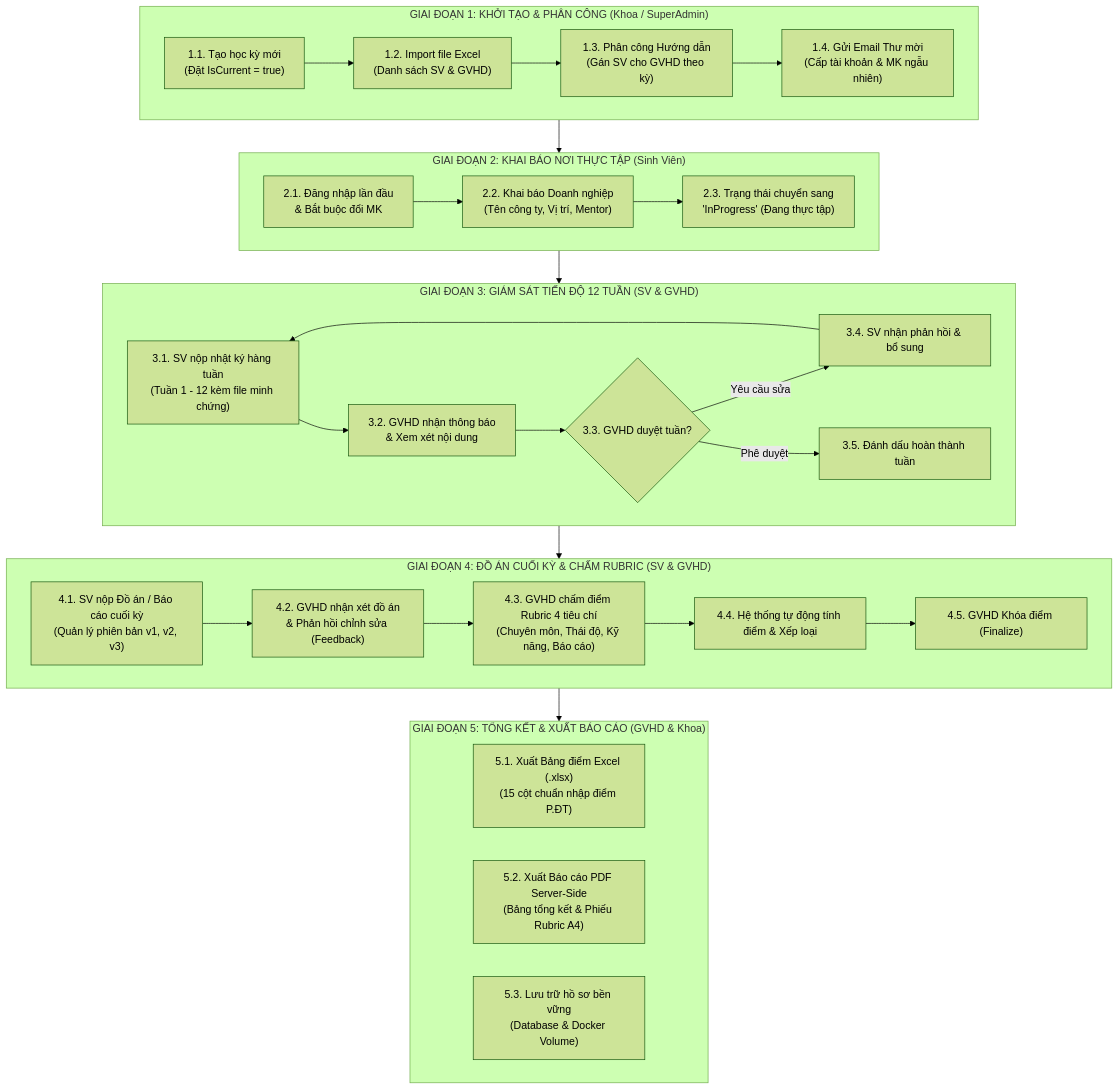
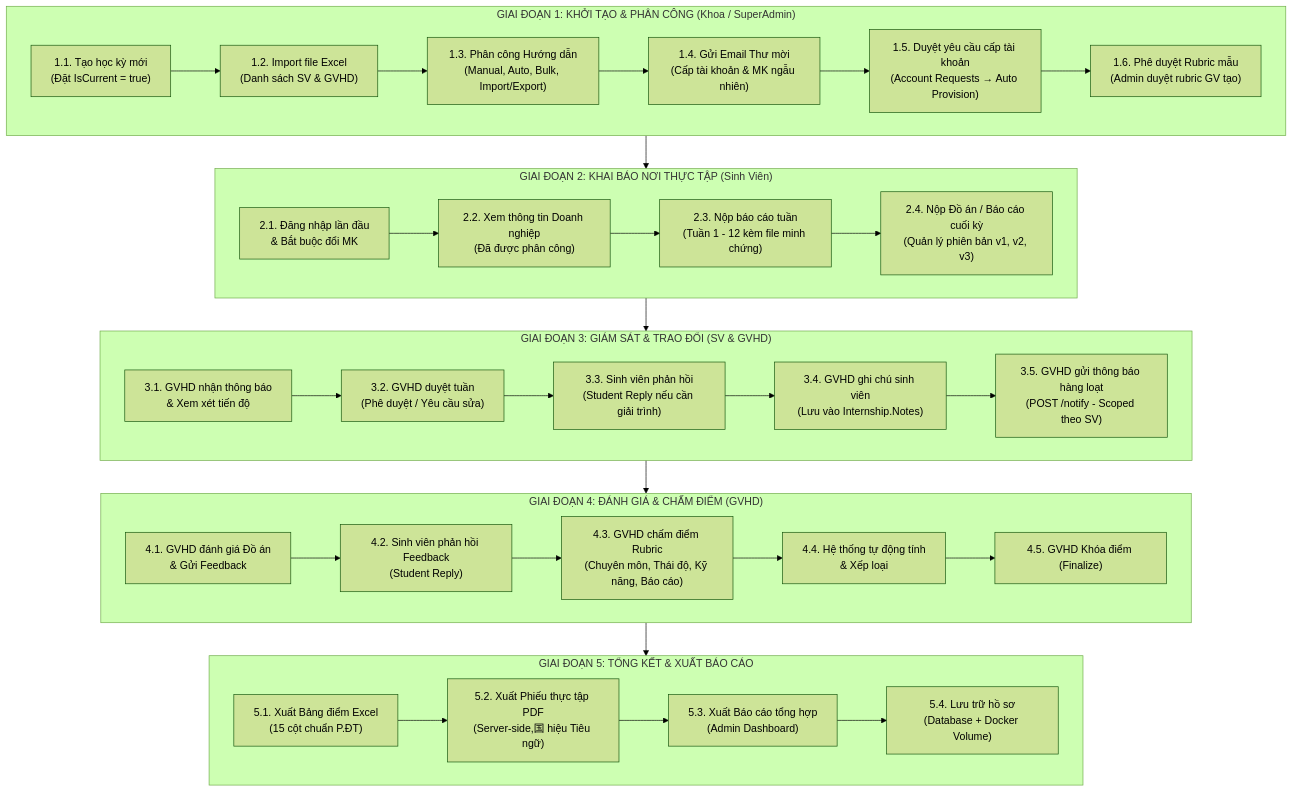
One commit to thachhien-github/InternLink changed the diagram in docs/images/workflow/overall-business-flow.md. Above: the diagram before and after it, drawn with Mermaid (forest theme). The commit also changed other lines of this file and 20 other files, not shown here.

````diff
--- a/docs/images/workflow/overall-business-flow.md
+++ b/docs/images/workflow/overall-business-flow.md
@@ -9,39 +9,70 @@
 ```mermaid
 flowchart TD
     subgraph Phase1["GIAI ĐOẠN 1: KHỞI TẠO & PHÂN CÔNG (Khoa / SuperAdmin)"]
-        A1["1.1. Tạo học kỳ mới<br/>(Đặt IsCurrent = true)"] --> A2["1.2. Import file Excel<br/>(Danh sách SV & GVHD)"]
-        A2 --> A3["1.3. Phân công Hướng dẫn<br/>(Gán SV cho GVHD theo kỳ)"]
-        A3 --> A4["1.4. Gửi Email Thư mời<br/>(Cấp tài khoản & MK ngẫu nhiên)"]
+        A1["1.1. Tạo học kỳ mới<br/>(Đặt IsCurrent = true)"]
+        A2["1.2. Import file Excel<br/>(Danh sách SV & GVHD)"]
+        A3["1.3. Phân công Hướng dẫn<br/>(Manual, Auto, Bulk, Import/Export)"]
+        A4["1.4. Gửi Email Thư mời<br/>(Cấp tài khoản & MK ngẫu nhiên)"]
+        A5["1.5. Duyệt yêu cầu cấp tài khoản<br/>(Account Requests → Auto Provision)"]
+        A6["1.6. Phê duyệt Rubric mẫu<br/>(Admin duyệt rubric GV tạo)"]
+
+        A1 --> A2
+        A2 --> A3
+        A3 --> A4
+        A4 --> A5
+        A5 --> A6
     end
 
     subgraph Phase2["GIAI ĐOẠN 2: KHAI BÁO NƠI THỰC TẬP (Sinh Viên)"]
-        B1["2.1. Đăng nhập lần đầu<br/>& Bắt buộc đổi MK"] --> B2["2.2. Khai báo Doanh nghiệp<br/>(Tên công ty, Vị trí, Mentor)"]
-        B2 --> B3["2.3. Trạng thái chuyển sang<br/>'InProgress' (Đang thực tập)"]
+        B1["2.1. Đăng nhập lần đầu<br/>& Bắt buộc đổi MK"]
+        B2["2.2. Xem thông tin Doanh nghiệp<br/>(Đã được phân công)"]
+        B3["2.3. Nộp báo cáo tuần<br/>(Tuần 1 - 12 kèm file minh chứng)"]
+        B4["2.4. Nộp Đồ án / Báo cáo cuối kỳ<br/>(Quản lý phiên bản v1, v2, v3)"]
+
+        B1 --> B2
+        B2 --> B3
+        B3 --> B4
     end
 
-    subgraph Phase3["GIAI ĐOẠN 3: GIÁM SÁT TIẾN ĐỘ 12 TUẦN (SV & GVHD)"]
-        C1["3.1. SV nộp nhật ký hàng tuần<br/>(Tuần 1 - 12 kèm file minh chứng)"] --> C2["3.2. GVHD nhận thông báo<br/>& Xem xét nội dung"]
-        C2 --> C3{"3.3. GVHD duyệt tuần?"}
-        C3 -- "Yêu cầu sửa" --> C4["3.4. SV nhận phản hồi & bổ sung"]
-        C4 --> C1
-        C3 -- "Phê duyệt" --> C5["3.5. Đánh dấu hoàn thành tuần"]
+    subgraph Phase3["GIAI ĐOẠN 3: GIÁM SÁT & TRAO ĐỔI (SV & GVHD)"]
+        C1["3.1. GVHD nhận thông báo<br/>& Xem xét tiến độ"]
+        C2["3.2. GVHD duyệt tuần<br/>(Phê duyệt / Yêu cầu sửa)"]
+        C3["3.3. Sinh viên phản hồi<br/>(Student Reply nếu cần giải trình)"]
+        C4["3.4. GVHD ghi chú sinh viên<br/>(Lưu vào Internship.Notes)"]
+        C5["3.5. GVHD gửi thông báo hàng loạt<br/>(POST /notify - Scoped theo SV)"]
+
+        C1 --> C2
+        C2 --> C3
+        C3 --> C4
+        C4 --> C5
     end
 
-    subgraph Phase4["GIAI ĐOẠN 4: ĐỒ ÁN CUỐI KỲ & CHẤM RUBRIC (SV & GVHD)"]
-        D1["4.1. SV nộp Đồ án / Báo cáo cuối kỳ<br/>(Quản lý phiên bản v1, v2, v3)"] --> D2["4.2. GVHD nhận xét đồ án<br/>& Phản hồi chỉnh sửa (Feedback)"]
-        D2 --> D3["4.3. GVHD chấm điểm Rubric 4 tiêu chí<br/>(Chuyên môn, Thái độ, Kỹ năng, Báo cáo)"]
-        D3 --> D4["4.4. Hệ thống tự động tính điểm & Xếp loại"]
-        D4 --> D5["4.5. GVHD Khóa điểm (Finalize)"]
+    subgraph Phase4["GIAI ĐOẠN 4: ĐÁNH GIÁ & CHẤM ĐIỂM (GVHD)"]
+        D1["4.1. GVHD đánh giá Đồ án<br/>& Gửi Feedback"]
+        D2["4.2. Sinh viên phản hồi Feedback<br/>(Student Reply)"]
+        D3["4.3. GVHD chấm điểm Rubric<br/>(Chuyên môn, Thái độ, Kỹ năng, Báo cáo)"]
+        D4["4.4. Hệ thống tự động tính<br/>& Xếp loại"]
+        D5["4.5. GVHD Khóa điểm (Finalize)"]
+
+        D1 --> D2
+        D2 --> D3
+        D3 --> D4
+        D4 --> D5
     end
 
-    subgraph Phase5["GIAI ĐOẠN 5: TỔNG KẾT & XUẤT BÁO CÁO (GVHD & Khoa)"]
-        E1["5.1. Xuất Bảng điểm Excel (.xlsx)<br/>(15 cột chuẩn nhập điểm P.ĐT)"]
-        E2["5.2. Xuất Báo cáo PDF Server-Side<br/>(Bảng tổng kết & Phiếu Rubric A4)"]
-        E3["5.3. Lưu trữ hồ sơ bền vững<br/>(Database & Docker Volume)"]
+    subgraph Phase5["GIAI ĐOẠN 5: TỔNG KẾT & XUẤT BÁO CÁO"]
+        E1["5.1. Xuất Bảng điểm Excel<br/>(15 cột chuẩn P.ĐT)"]
+        E2["5.2. Xuất Phiếu thực tập PDF<br/>(Server-side,国 hiệu Tiêu ngữ)"]
+        E3["5.3. Xuất Báo cáo tổng hợp<br/>(Admin Dashboard)"]
+        E4["5.4. Lưu trữ hồ sơ<br/>(Database + Docker Volume)"]
+
+        E1 --> E2
+        E2 --> E3
+        E3 --> E4
     end
 
     Phase1 --> Phase2
     Phase2 --> Phase3
     Phase3 --> Phase4
     Phase4 --> Phase5
 ```
````
